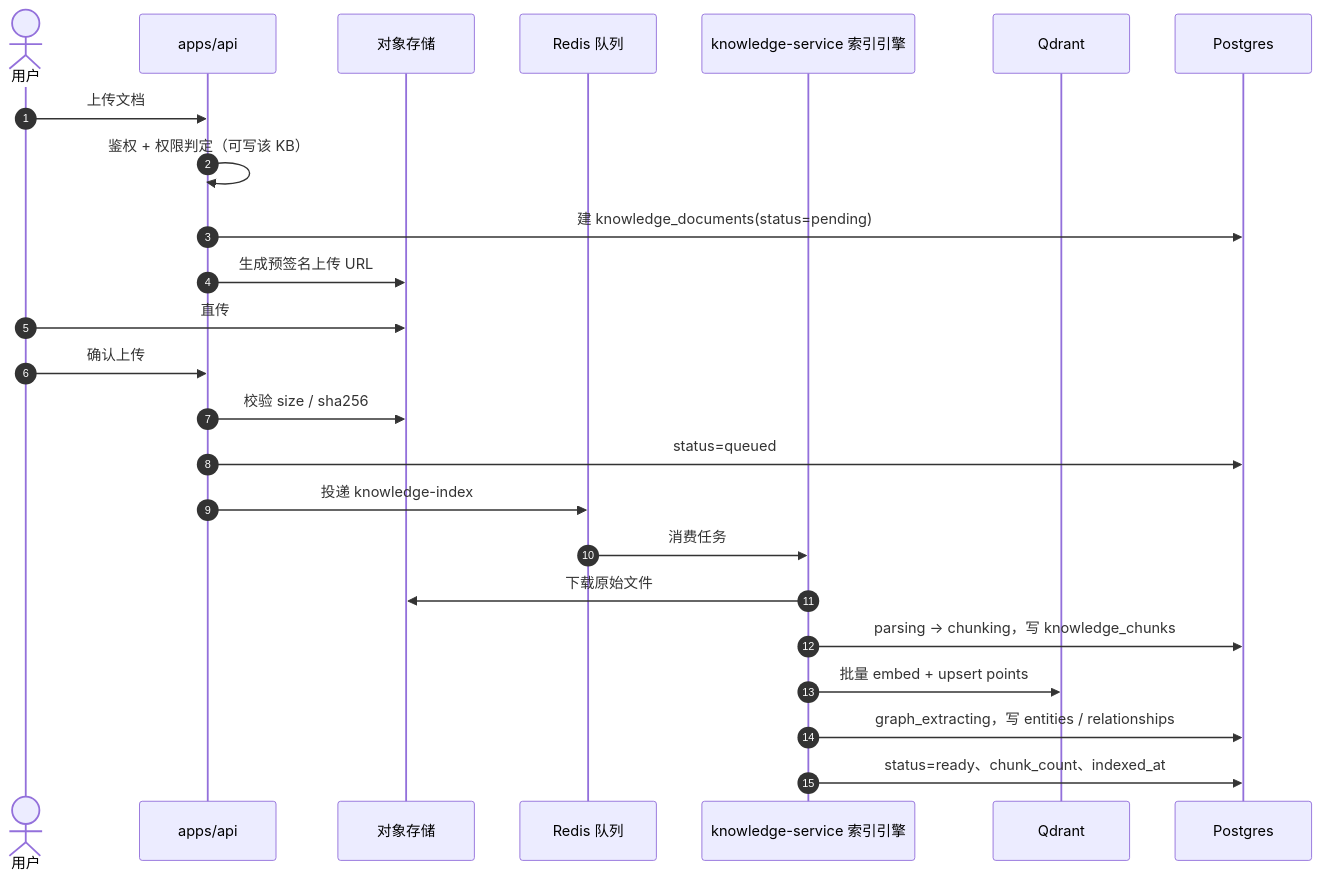
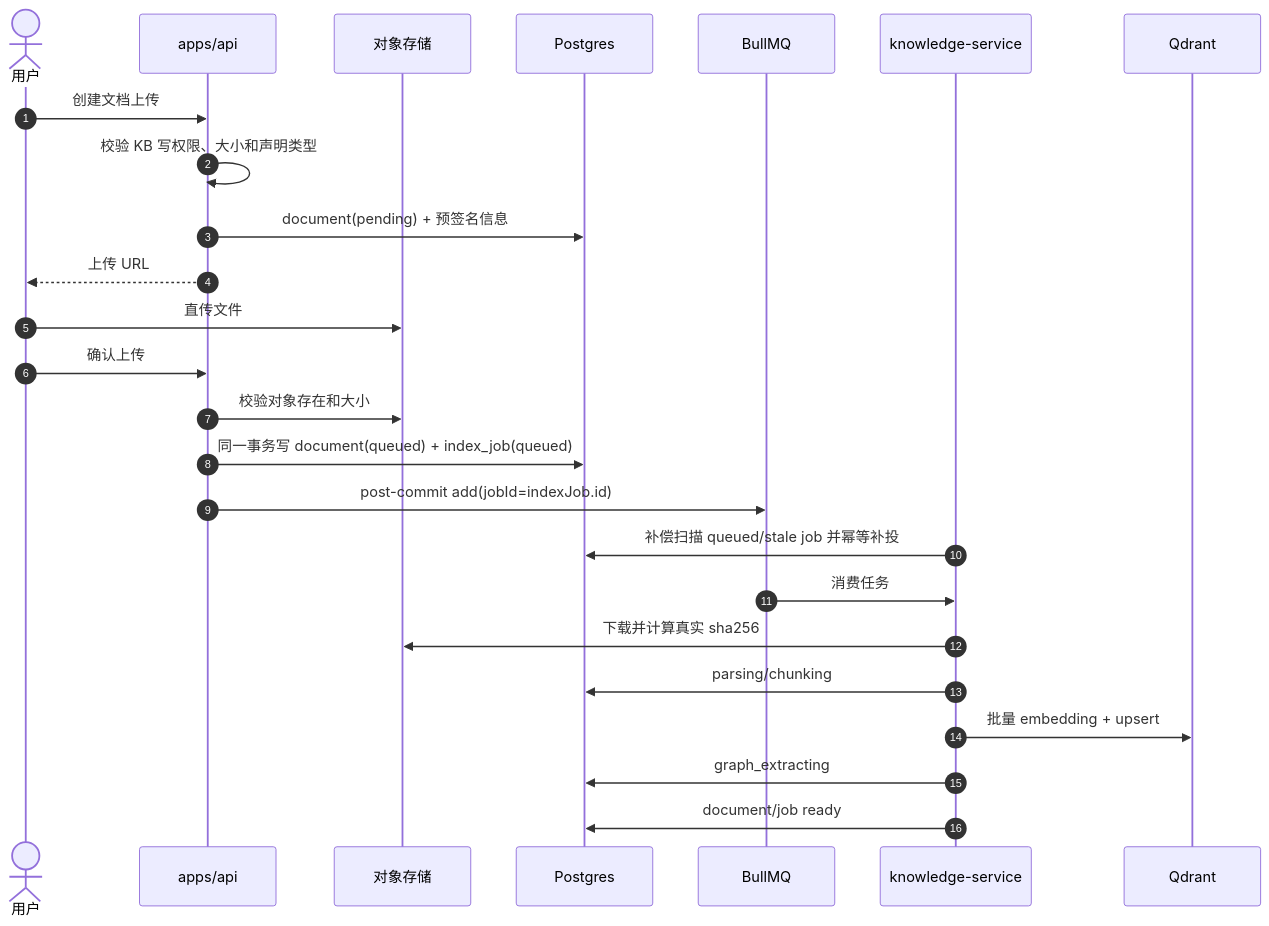
One commit to fengnovo/chat changed the second of 3 diagrams in docs/knowledge-graphrag.md. Above: the diagram before and after it, drawn with Mermaid. The commit also changed other lines of this file, not shown here.

Commit message:
docs: scope knowledge graphrag mvp

````diff
--- a/docs/knowledge-graphrag.md
+++ b/docs/knowledge-graphrag.md
@@ -187,27 +148,28 @@
 ```mermaid
 sequenceDiagram
   autonumber
   actor U as 用户
   participant API as apps/api
   participant S3 as 对象存储
-  participant Q as Redis 队列
-  participant IDX as knowledge-service 索引引擎
+  participant PG as Postgres
+  participant Q as BullMQ
+  participant IDX as knowledge-service
   participant V as Qdrant
-  participant PG as Postgres
 
-  U->>API: 上传文档
-  API->>API: 鉴权 + 权限判定（可写该 KB）
-  API->>PG: 建 knowledge_documents(status=pending)
-  API->>S3: 生成预签名上传 URL
-  U->>S3: 直传
+  U->>API: 创建文档上传
+  API->>API: 校验 KB 写权限、大小和声明类型
+  API->>PG: document(pending) + 预签名信息
+  API-->>U: 上传 URL
+  U->>S3: 直传文件
   U->>API: 确认上传
-  API->>S3: 校验 size / sha256
-  API->>PG: status=queued
-  API->>Q: 投递 knowledge-index
+  API->>S3: 校验对象存在和大小
+  API->>PG: 同一事务写 document(queued) + index_job(queued)
+  API->>Q: post-commit add(jobId=indexJob.id)
+  IDX->>PG: 补偿扫描 queued/stale job 并幂等补投
   Q->>IDX: 消费任务
-  IDX->>S3: 下载原始文件
-  IDX->>PG: parsing → chunking，写 knowledge_chunks
-  IDX->>V: 批量 embed + upsert points
-  IDX->>PG: graph_extracting，写 entities / relationships
-  IDX->>PG: status=ready、chunk_count、indexed_at
+  IDX->>S3: 下载并计算真实 sha256
+  IDX->>PG: parsing/chunking
+  IDX->>V: 批量 embedding + upsert
+  IDX->>PG: graph_extracting
+  IDX->>PG: document/job ready
 ```
````
